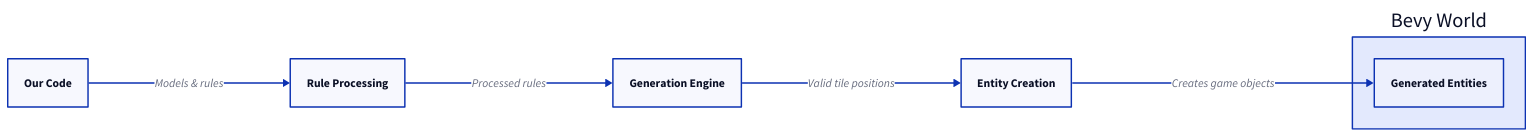
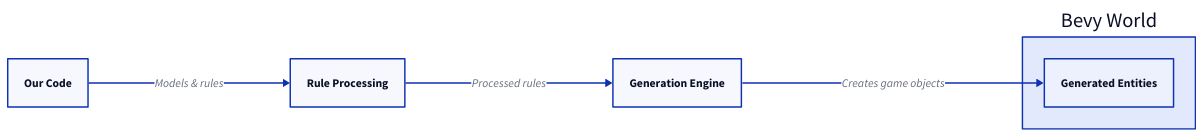
One commit to jamesfebin/AIBodh-Website changed the third of 3 diagrams in _posts/2025-09-30-bevy-rust-game-development-chapter-2.markdown. Above: the diagram before and after it, drawn with D2. The commit also changed other lines of this file and 7 other files, not shown here.

````diff
--- a/_posts/2025-09-30-bevy-rust-game-development-chapter-2.markdown
+++ b/_posts/2025-09-30-bevy-rust-game-development-chapter-2.markdown
@@ -544,31 +548,27 @@
 ```d2
 
 direction: right
 
 Our Code: {
   shape: rectangle
 }
 
 Rule Processing: {
   shape: rectangle
 }
 
 Generation Engine: {
   shape: rectangle
 }
 
-Entity Creation: {
-  shape: rectangle
-}
 
 Bevy World: {
   Generated Entities: {
     shape: rectangle
   }
 }
 
 Our Code -> Rule Processing: "Models & rules"
 Rule Processing -> Generation Engine: "Processed rules"
-Generation Engine -> Entity Creation: "Valid tile positions"
-Entity Creation -> Bevy World.Generated Entities: "Creates game objects"
+Generation Engine -> Bevy World.Generated Entities: "Creates game objects"
 ```
````
